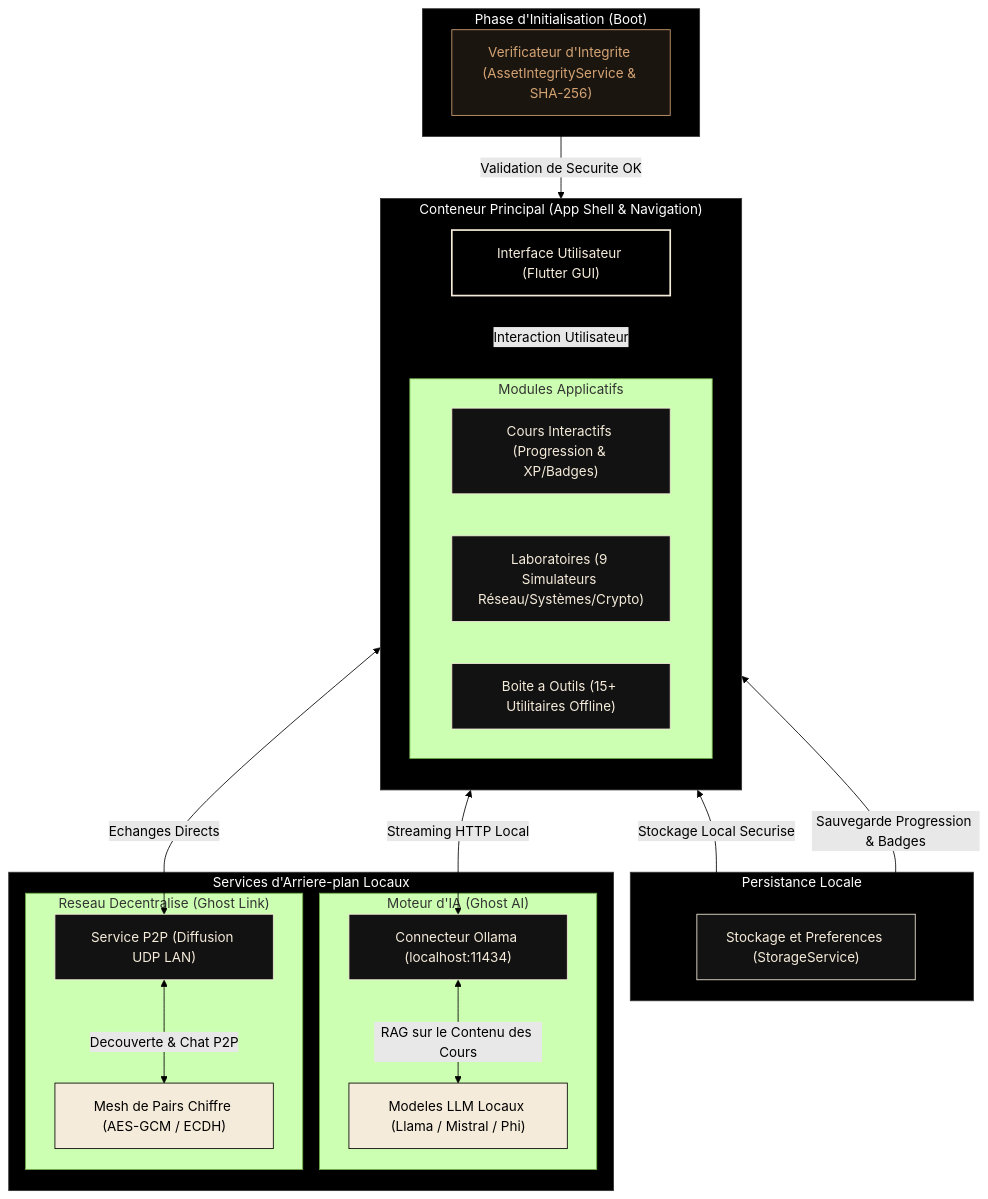
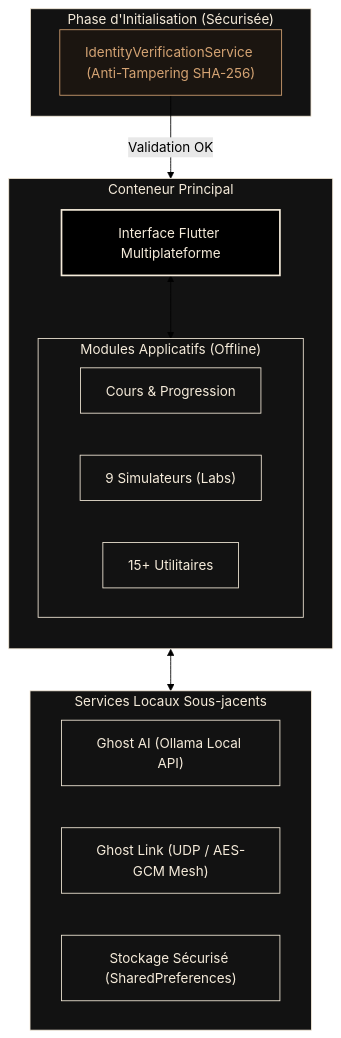
The diagram in README.md (TUTODECODE-FR/T2DECODE), drawn with Mermaid (forest theme) before and after one commit. The commit also changed other lines of this file, not shown here.

````diff
--- a/README.md
+++ b/README.md
@@ -54,58 +126,36 @@
 ```mermaid
 flowchart TB
-    subgraph Boot ["Phase d'Initialisation (Boot)"]
-        Verify["Verificateur d'Integrite (AssetIntegrityService & SHA-256)"]
+    subgraph Boot ["Phase d'Initialisation (Sécurisée)"]
+        Verify["IdentityVerificationService (Anti-Tampering SHA-256)"]
     end
 
-    subgraph AppShell ["Conteneur Principal (App Shell & Navigation)"]
+    subgraph AppShell ["Conteneur Principal"]
         direction TB
-        UI["Interface Utilisateur (Flutter GUI)"]
+        UI["Interface Flutter Multiplateforme"]
         
-        subgraph Features ["Modules Applicatifs"]
+        subgraph Features ["Modules Applicatifs (Offline)"]
             direction LR
-            Courses["Cours Interactifs (Progression & XP/Badges)"]
-            Labs["Laboratoires (9 Simulateurs Réseau/Systèmes/Crypto)"]
-            Tools["Boite a Outils (15+ Utilitaires Offline)"]
+            Courses["Cours & Progression"]
+            Labs["9 Simulateurs (Labs)"]
+            Tools["15+ Utilitaires"]
         end
     end
 
-    subgraph LocalStorage ["Persistance Locale"]
-        DB["Stockage et Preferences (StorageService)"]
+    subgraph Backend ["Services Locaux Sous-jacents"]
+        Ollama["Ghost AI (Ollama Local API)"]
+        P2P["Ghost Link (UDP / AES-GCM Mesh)"]
+        Storage["Stockage Sécurisé (SharedPreferences)"]
     end
 
-    subgraph localServices ["Services d'Arriere-plan Locaux"]
-        subgraph AISubsystem ["Moteur d'IA (Ghost AI)"]
-            Ollama["Connecteur Ollama (localhost:11434)"]
-            LLM["Modeles LLM Locaux (Llama / Mistral / Phi)"]
-        end
-        
-        subgraph NetworkSubsystem ["Reseau Decentralise (Ghost Link)"]
-            P2P["Service P2P (Diffusion UDP LAN)"]
-            Peers["Mesh de Pairs Chiffre (AES-GCM / ECDH)"]
-        end
-    end
-
-    Verify -->|Validation de Securite OK| UI
-    UI <-->|Interaction Utilisateur| Features
-    
-    UI <-->|Stockage Local Securise| DB
-    Courses <-->|Sauvegarde Progression & Badges| DB
-    
-    UI <-->|Streaming HTTP Local| Ollama
-    Ollama <-->|RAG sur le Contenu des Cours| LLM
-    
-    UI <-->|Echanges Directs| P2P
-    P2P <-->|Decouverte & Chat P2P| Peers
+    Verify -->|Validation OK| UI
+    UI <--> Features
+    UI <--> Backend
 
     classDef default fill:#121212,stroke:#F5EBDA,stroke-width:1px,color:#F5EBDA;
     classDef primary fill:#000000,stroke:#F5EBDA,stroke-width:2px,color:#F5EBDA;
-    classDef accent fill:#F5EBDA,stroke:#000000,stroke-width:1px,color:#000000;
-    classDef container fill:#000000,stroke:#333333,stroke-width:1px,color:#FFFFFF;
     classDef security fill:#1b1510,stroke:#d4a373,stroke-width:1px,color:#d4a373;
     
     class UI primary;
-    class Courses,Labs,Tools,DB,Ollama,P2P default;
-    class LLM,Peers accent;
     class Verify security;
-    class Boot,AppShell,LocalStorage,localServices container;
+    class Boot,AppShell,Backend,Features default;
 ```
````
